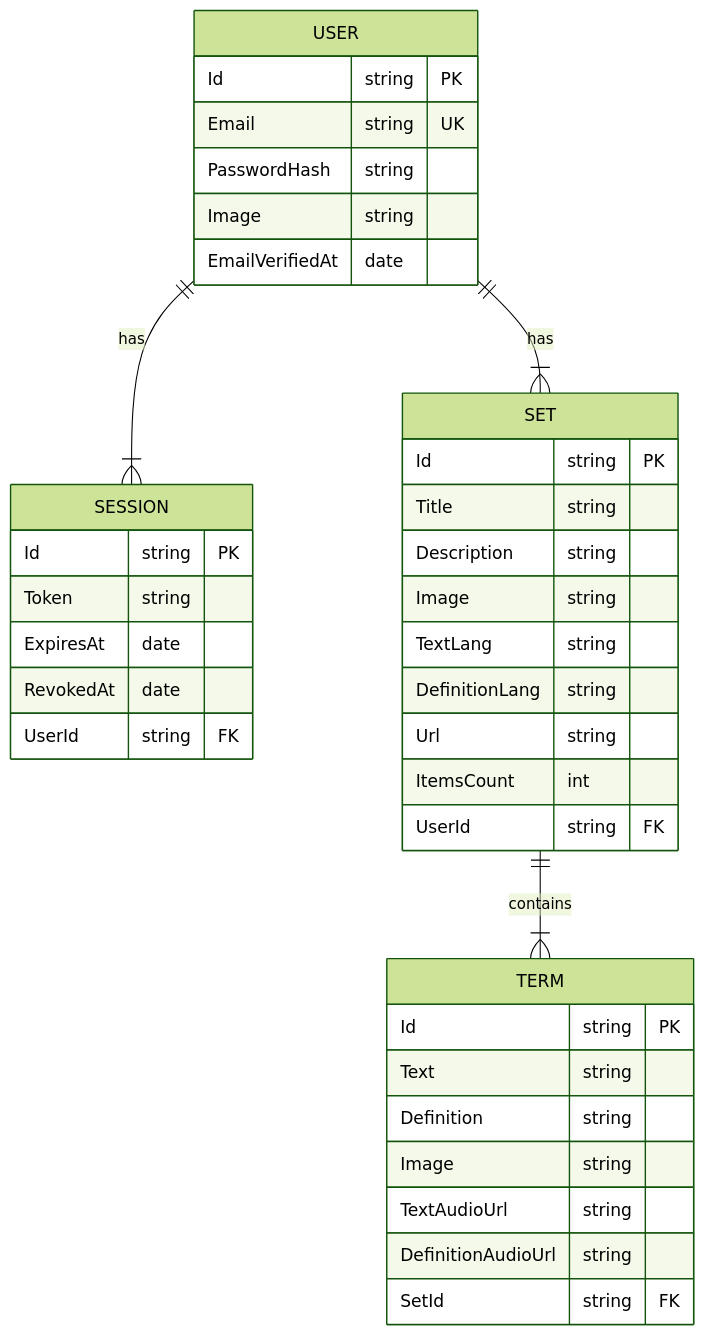
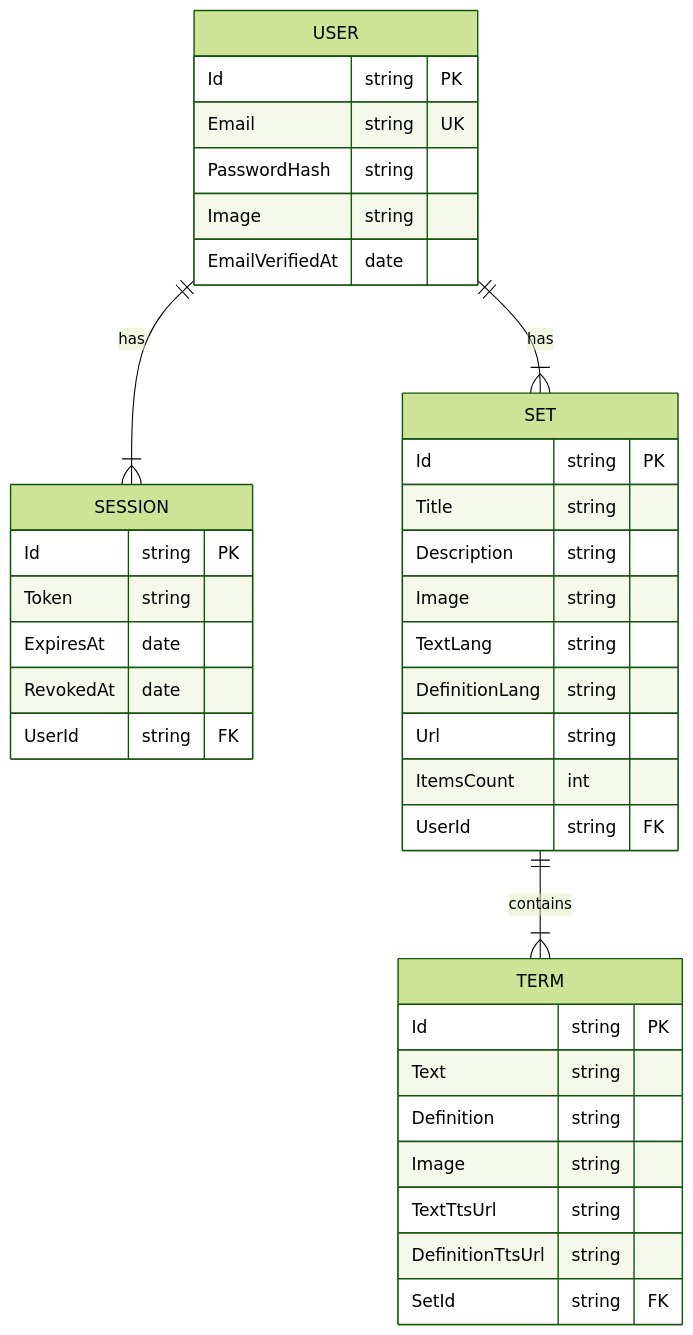
The diagram in README.md (aleksandr-makarov-dev/Vocabify), drawn with Mermaid (forest theme) before and after one commit.

Commit message:
diagram update

````diff
--- a/README.md
+++ b/README.md
@@ -5,44 +5,44 @@
 ```mermaid
 erDiagram
   USER {
     Id string PK
     Email string UK
     PasswordHash string
     Image string
     EmailVerifiedAt date
   }
 
   SESSION {
     Id string PK
     Token string
     ExpiresAt date
     RevokedAt date
     UserId string FK
   }
 
   SET {
     Id string PK
     Title string
     Description string
     Image string
     TextLang string
     DefinitionLang string
     Url string
     ItemsCount int
     UserId string FK
   }
 
   TERM {
     Id string PK
     Text string
     Definition string
     Image string
-    TextAudioUrl string
-    DefinitionAudioUrl string
+    TextTtsUrl string
+    DefinitionTtsUrl string
     SetId string FK
   }
 
   USER ||--|{ SET : has
   USER ||--|{ SESSION : has
   SET ||--|{ TERM : contains
 ```
````
